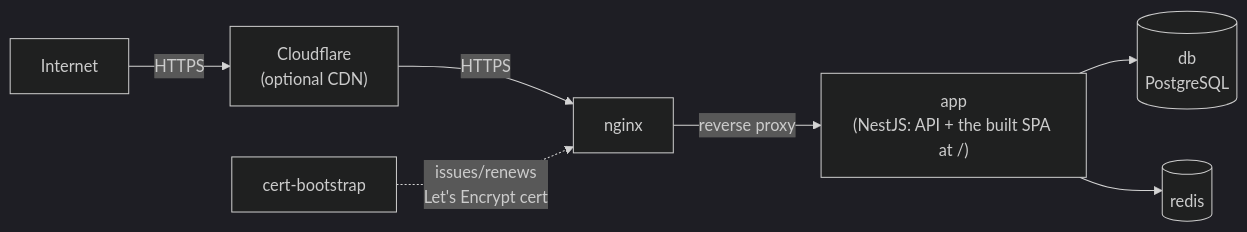
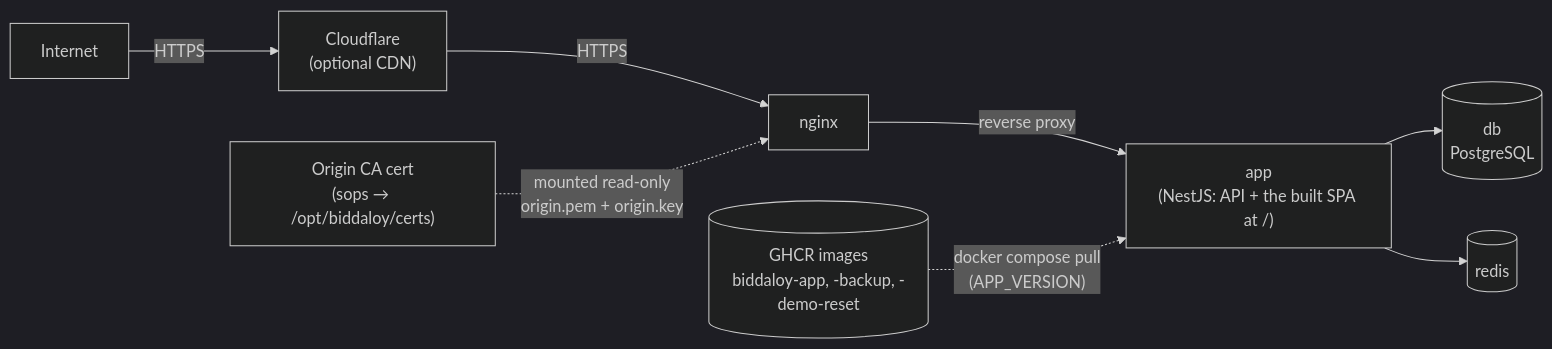
Before and after one commit to tareq89/biddaloy: the first of 6 diagrams in docs/architecture/07-deployment.md, drawn with Mermaid (dark theme). The commit also changed other lines of this file and 13 other files, not shown here.

Commit message:
1766 compose pull GHCR, Origin CA, log rotation (2709)

````diff
--- a/docs/architecture/07-deployment.md
+++ b/docs/architecture/07-deployment.md
@@ -9,9 +9,10 @@
 ```mermaid
 flowchart LR
     Internet -->|HTTPS| cloudflare["Cloudflare\n(optional CDN)"]
     cloudflare -->|HTTPS| nginx
     nginx -->|reverse proxy| app["app\n(NestJS: API + the built SPA at /)"]
     app --> db[("db\nPostgreSQL")]
     app --> redis[("redis")]
-    certbootstrap["cert-bootstrap"] -.->|"issues/renews\nLet's Encrypt cert"| nginx
+    ghcr[("GHCR images\nbiddaloy-app, -backup, -demo-reset")] -.->|"docker compose pull\n(APP_VERSION)"| app
+    cert["Origin CA cert\n(sops → /opt/biddaloy/certs)"] -.->|"mounted read-only\norigin.pem + origin.key"| nginx
 ```
````
